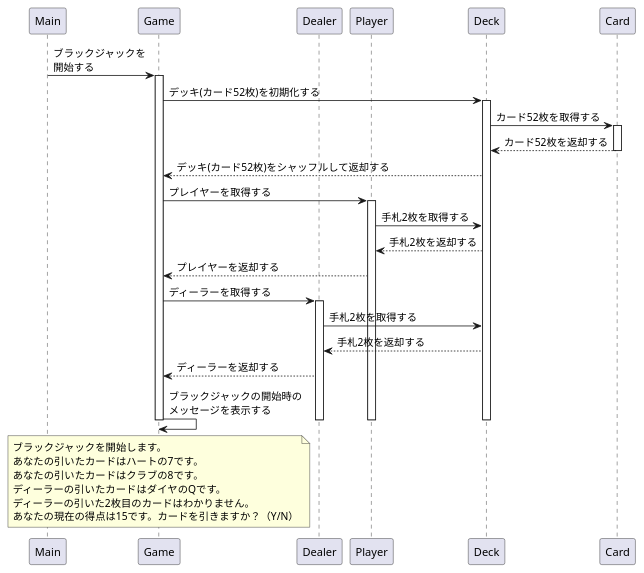
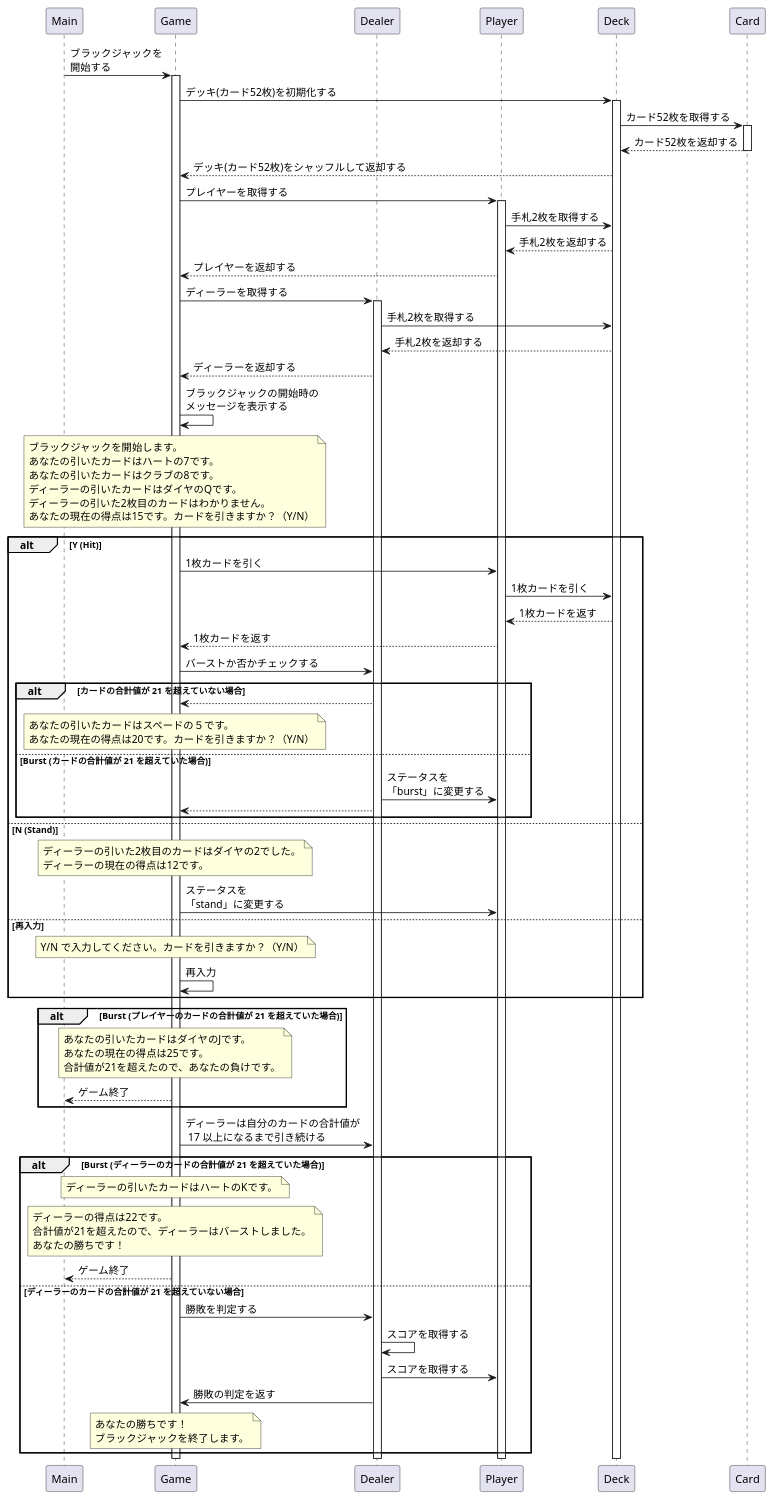
One commit to ryamate/php-oop-cli-blackjack changed the diagram in src/docs/sequence.plantuml. Above: the diagram before and after it, drawn with PlantUML. The commit also changed 10 other files, not shown here.

```diff
--- a/src/docs/sequence.plantuml
+++ b/src/docs/sequence.plantuml
@@ -1,48 +1,121 @@
 @startuml Blackjack
 participant Main order 10
 participant Game order 20
 participant Dealer order 30
 participant Player order 40
 participant Deck order 50
 participant Card order 60
 
 skinparam responseMessageBelowArrow true
 Main -> Game : ブラックジャックを\n開始する
 activate Game
 Game -> Deck : デッキ(カード52枚)を初期化する
 activate Deck
 Deck -> Card : カード52枚を取得する
 activate Card
 Card --> Deck : カード52枚を返却する
 deactivate Card
 Deck --> Game : デッキ(カード52枚)をシャッフルして返却する
 
 Game -> Player : プレイヤーを取得する
 activate Player
 Player -> Deck : 手札2枚を取得する
 Deck --> Player : 手札2枚を返却する
 Player --> Game : プレイヤーを返却する
 
 Game ->  Dealer : ディーラーを取得する
 activate  Dealer
 Dealer -> Deck : 手札2枚を取得する
 Deck --> Dealer : 手札2枚を返却する
 Dealer --> Game : ディーラーを返却する
 
 Game ->  Game : ブラックジャックの開始時の\nメッセージを表示する
 
 note over Game
-ブラックジャックを開始します。
-あなたの引いたカードはハートの7です。
-あなたの引いたカードはクラブの8です。
-ディーラーの引いたカードはダイヤのQです。
-ディーラーの引いた2枚目のカードはわかりません。
-あなたの現在の得点は15です。カードを引きますか？（Y/N）
+  ブラックジャックを開始します。
+  あなたの引いたカードはハートの7です。
+  あなたの引いたカードはクラブの8です。
+  ディーラーの引いたカードはダイヤのQです。
+  ディーラーの引いた2枚目のカードはわかりません。
+  あなたの現在の得点は15です。カードを引きますか？（Y/N）
 end note
+
+alt Y (Hit)
+  Game -> Player : 1枚カードを引く
+  Player -> Deck : 1枚カードを引く
+  Deck --> Player : 1枚カードを返す
+  Player --> Game : 1枚カードを返す
+
+  Game -> Dealer : バーストか否かチェックする
+
+  alt カードの合計値が 21 を超えていない場合
+    Dealer --> Game :
+    note over Game
+      あなたの引いたカードはスペードの５です。
+      あなたの現在の得点は20です。カードを引きますか？（Y/N）
+    end note
+  else Burst (カードの合計値が 21 を超えていた場合)
+    Dealer -> Player : ステータスを\n「burst」に変更する
+    Dealer --> Game :
+
+  end
+else N (Stand)
+
+  note over Game
+    ディーラーの引いた2枚目のカードはダイヤの2でした。
+    ディーラーの現在の得点は12です。
+  end note
+
+  Game -> Player : ステータスを\n「stand」に変更する
+
+else 再入力
+  note over Game
+    Y/N で入力してください。カードを引きますか？（Y/N）
+  end note
+  Game -> Game : 再入力
+end
+
+alt Burst (プレイヤーのカードの合計値が 21 を超えていた場合)
+  note over Game
+    あなたの引いたカードはダイヤのJです。
+    あなたの現在の得点は25です。
+    合計値が21を超えたので、あなたの負けです。
+  end note
+  Game --> Main : ゲーム終了
+end
+
+Game -> Dealer : ディーラーは自分のカードの合計値が\n 17 以上になるまで引き続ける
+
+
+alt Burst (ディーラーのカードの合計値が 21 を超えていた場合)
+
+  note over Game
+    ディーラーの引いたカードはハートのKです。
+  end note
+  note over Game
+    ディーラーの得点は22です。
+    合計値が21を超えたので、ディーラーはバーストしました。
+    あなたの勝ちです！
+  end note
+  Game --> Main : ゲーム終了
+
+else ディーラーのカードの合計値が 21 を超えていない場合
+
+  Game -> Dealer : 勝敗を判定する
+  Dealer -> Dealer : スコアを取得する
+  Dealer -> Player : スコアを取得する
+  Dealer -> Game : 勝敗の判定を返す
+
+  note over Game
+    あなたの勝ちです！
+    ブラックジャックを終了します。
+  end note
+
+end
 
 deactivate Deck
 deactivate Game
 deactivate Dealer
 deactivate Player
 
 @enduml
```
